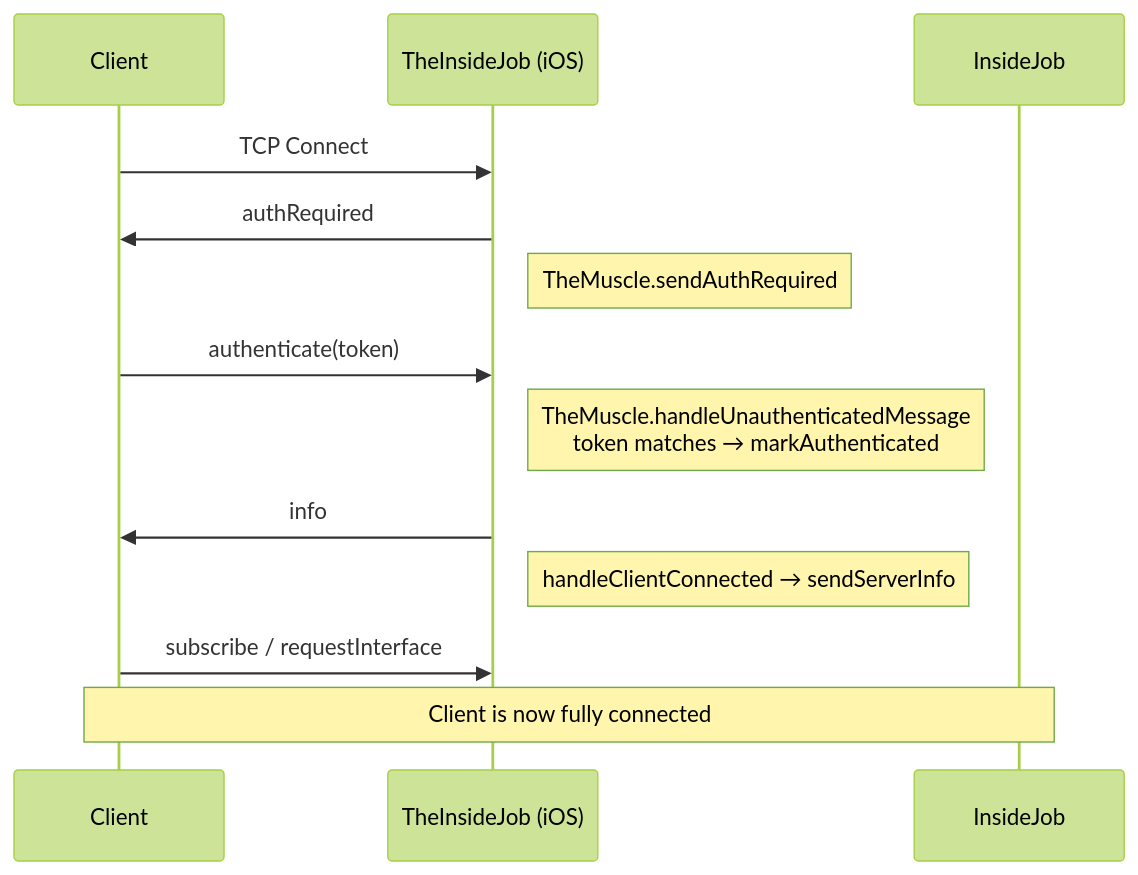
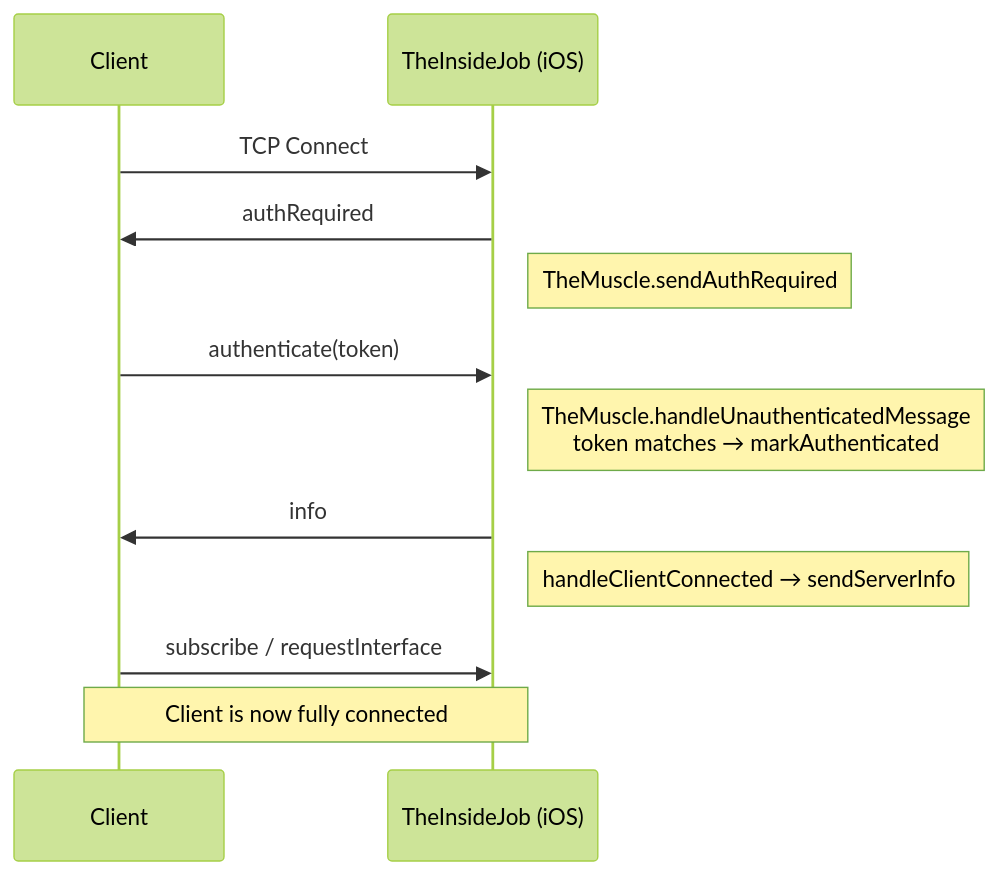
One commit to RoyalPineapple/TheButtonHeist changed the second of 5 diagrams in docs/AUTH.md. Above: the diagram before and after it, drawn with Mermaid (forest theme). The commit also changed other lines of this file and 11 other files, not shown here.

First line of the commit message:
Docs: update for TheButtonHeist, TheWheelman, TheInsideJob layout

````diff
--- a/docs/AUTH.md
+++ b/docs/AUTH.md
@@ -69,15 +69,15 @@
 ```mermaid
 sequenceDiagram
     participant Client
     participant TheInsideJob as TheInsideJob (iOS)
 
     Client->>TheInsideJob: TCP Connect
     TheInsideJob->>Client: authRequired
     Note right of TheInsideJob: TheMuscle.sendAuthRequired
     Client->>TheInsideJob: authenticate(token)
     Note right of TheInsideJob: TheMuscle.handleUnauthenticatedMessage<br/>token matches → markAuthenticated
     TheInsideJob->>Client: info
     Note right of TheInsideJob: handleClientConnected → sendServerInfo
     Client->>TheInsideJob: subscribe / requestInterface
-    Note over Client,InsideJob: Client is now fully connected
+    Note over Client,TheInsideJob: Client is now fully connected
 ```
````
